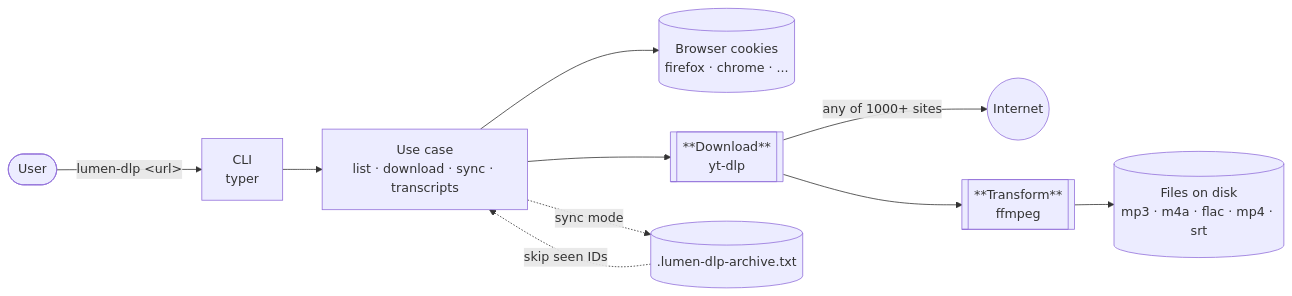
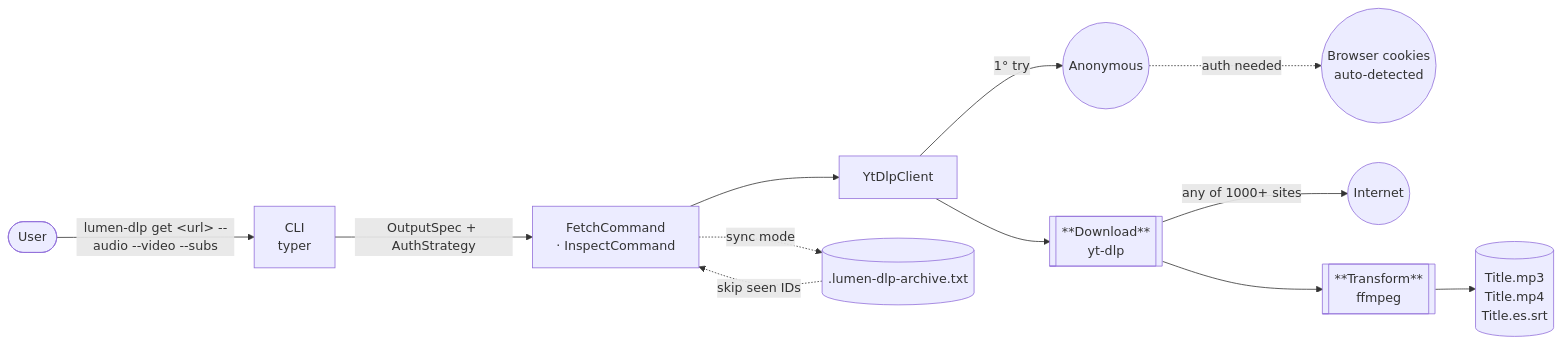
The diagram in README.md (luis-codex/musicdl), drawn with Mermaid before and after one commit. The commit also changed other lines of this file and 19 other files, not shown here.

First line of the commit message:
Redesign CLI around OutputSpec + smart auth

````diff
--- a/README.md
+++ b/README.md
@@ -21,12 +24,14 @@
 ```mermaid
 flowchart LR
-    U([User]) -->|"lumen-dlp <cmd> &lt;url&gt;"| CLI[CLI<br/>typer]
-    CLI --> UC[Use case<br/>list · download · sync · transcripts]
-    UC --> CK[(Browser cookies<br/>firefox · chrome · ...)]
-    UC --> DL[["**Download**<br/>yt-dlp"]]
+    U([User]) -->|"lumen-dlp get &lt;url&gt; --audio --video --subs"| CLI[CLI<br/>typer]
+    CLI -->|OutputSpec + AuthStrategy| UC[FetchCommand<br/>· InspectCommand]
+    UC --> YDC[YtDlpClient]
+    YDC -->|1° try| ANON((Anonymous))
+    ANON -. auth needed .-> COOK((Browser cookies<br/>auto-detected))
+    YDC --> DL[["**Download**<br/>yt-dlp"]]
     DL -->|any of 1000+ sites| NET((Internet))
     DL --> XF[["**Transform**<br/>ffmpeg"]]
-    XF --> OUT[(Files on disk<br/>mp3 · m4a · flac · mp4 · srt)]
+    XF --> OUT[(Title.mp3<br/>Title.mp4<br/>Title.es.srt)]
     UC -. sync mode .-> ARC[(.lumen-dlp-archive.txt)]
     ARC -. skip seen IDs .-> UC
 ```
````
